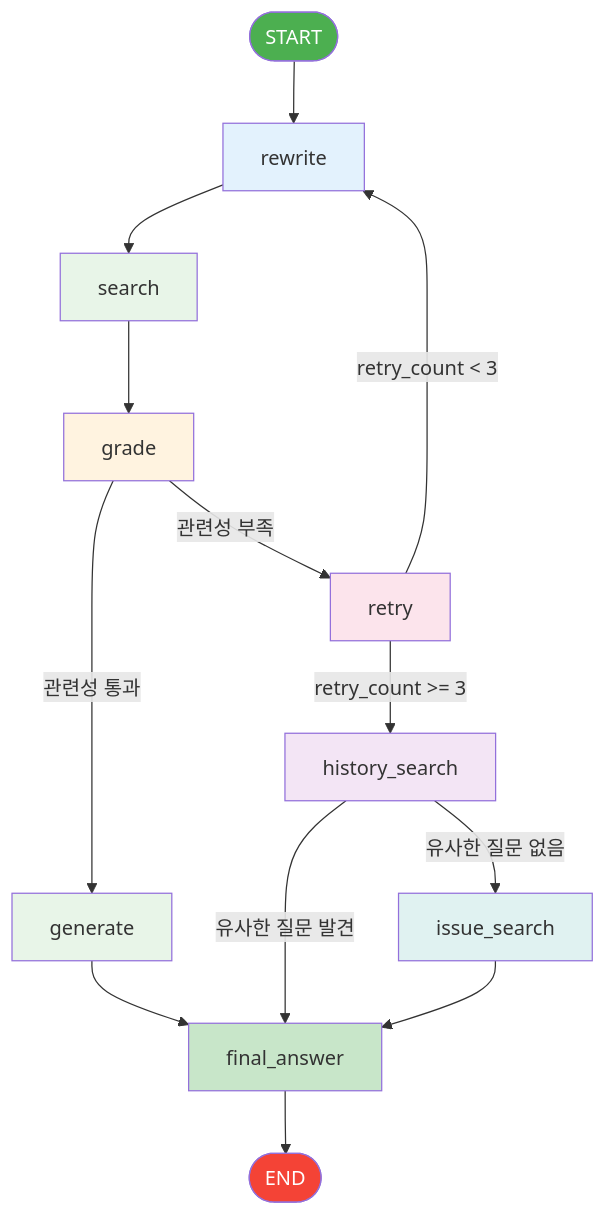
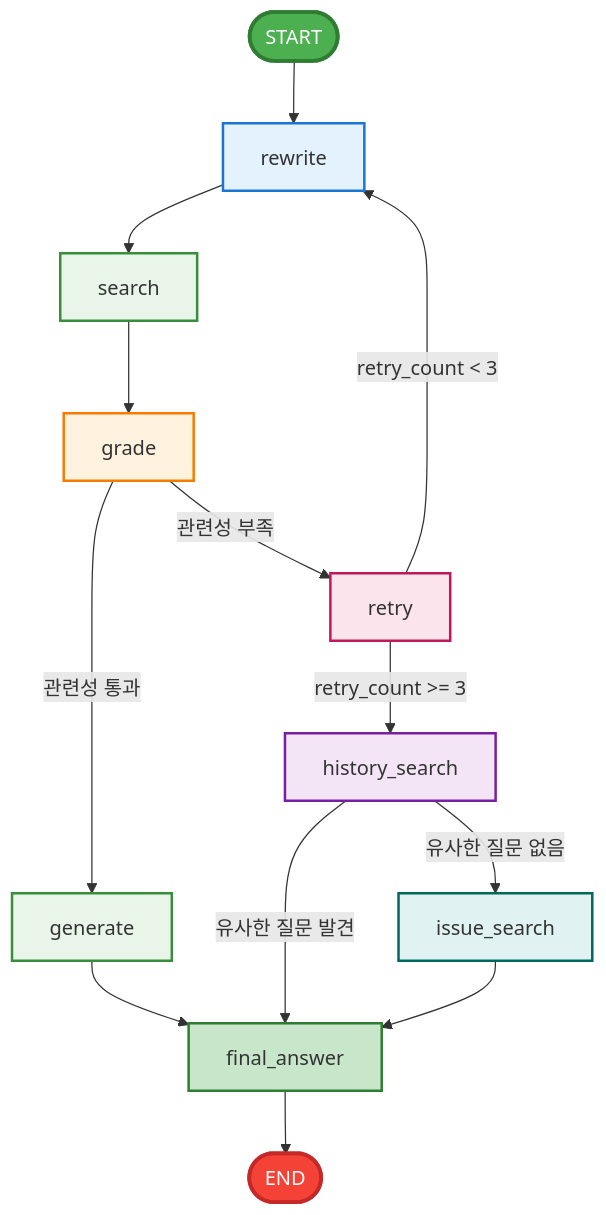
The second of 2 diagrams in 02_chatbot_agent/README.md (palendy/02_AI_Agent), drawn with Mermaid before and after one commit. The commit also changed other lines of this file, not shown here.

Commit message:
docs: Langchain_Teddy 참조하여 LangGraph 다이어그램 개선
- LangGraph의 표준 노드 표기법 적용 (대괄호 사용)
- 노드 스타일링 개선 (stroke, stroke-width 추가)
- LangGraph 핵심 개념 설명 추가:
  * GraphState(상태 저장 그래프): 계산 진행에 따라 상태 유지
  * Node(노드): 함수 또는 계산 단계를 나타내는 구성 요소
  * Edge(엣지): 노드를 연결하여 계산 흐름 정의, 조건부 에지 지원
- Langchain_Teddy 문서의 개념을 반영한 정확한 LangGraph 구조 표현

````diff
--- a/02_chatbot_agent/README.md
+++ b/02_chatbot_agent/README.md
@@ -178,26 +178,26 @@
 ```mermaid
 graph TD
-    START([START]) --> A[rewrite]
-    A --> B[search]
-    B --> C[grade]
-    C -->|관련성 통과| D[generate]
-    C -->|관련성 부족| E[retry]
-    E -->|retry_count < 3| A
-    E -->|retry_count >= 3| F[history_search]
-    F -->|유사한 질문 발견| G[final_answer]
-    F -->|유사한 질문 없음| H[issue_search]
-    H --> G
-    D --> G
-    G --> END([END])
+    START([START]) --> rewrite[rewrite]
+    rewrite --> search[search]
+    search --> grade[grade]
+    grade -->|관련성 통과| generate[generate]
+    grade -->|관련성 부족| retry[retry]
+    retry -->|retry_count < 3| rewrite
+    retry -->|retry_count >= 3| history_search[history_search]
+    history_search -->|유사한 질문 발견| final_answer[final_answer]
+    history_search -->|유사한 질문 없음| issue_search[issue_search]
+    issue_search --> final_answer
+    generate --> final_answer
+    final_answer --> END([END])
     
-    style START fill:#4caf50,color:#fff
-    style END fill:#f44336,color:#fff
-    style A fill:#e3f2fd
-    style B fill:#e8f5e8
-    style C fill:#fff3e0
-    style D fill:#e8f5e8
-    style E fill:#fce4ec
-    style F fill:#f3e5f5
-    style G fill:#c8e6c9
-    style H fill:#e0f2f1
+    style START fill:#4caf50,color:#fff,stroke:#2e7d32,stroke-width:3px
+    style END fill:#f44336,color:#fff,stroke:#c62828,stroke-width:3px
+    style rewrite fill:#e3f2fd,stroke:#1976d2,stroke-width:2px
+    style search fill:#e8f5e8,stroke:#388e3c,stroke-width:2px
+    style grade fill:#fff3e0,stroke:#f57c00,stroke-width:2px
+    style generate fill:#e8f5e8,stroke:#388e3c,stroke-width:2px
+    style retry fill:#fce4ec,stroke:#c2185b,stroke-width:2px
+    style history_search fill:#f3e5f5,stroke:#7b1fa2,stroke-width:2px
+    style issue_search fill:#e0f2f1,stroke:#00695c,stroke-width:2px
+    style final_answer fill:#c8e6c9,stroke:#2e7d32,stroke-width:2px
 ```
````
